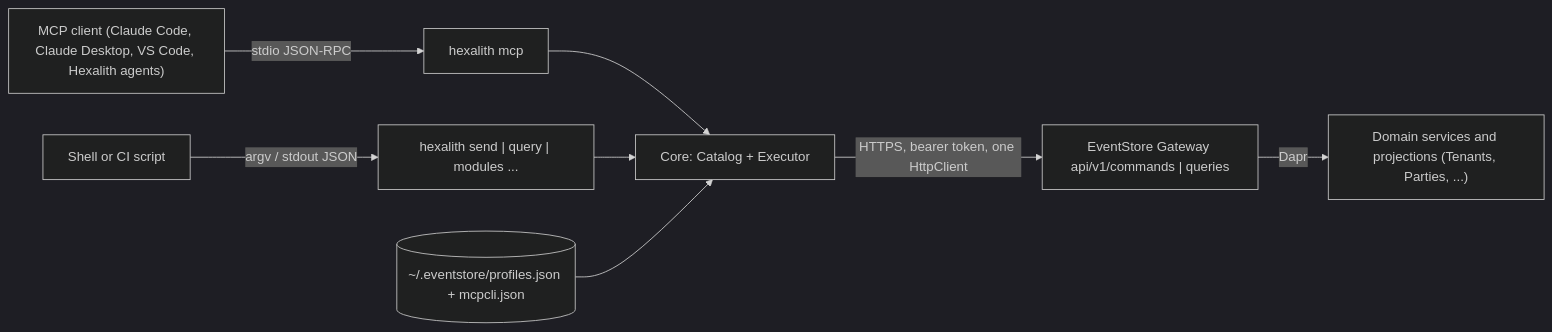
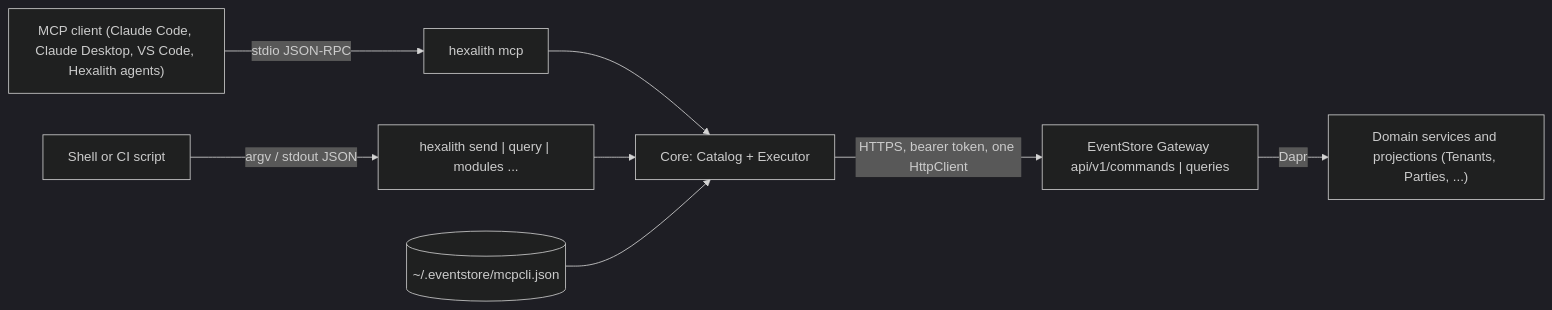
One commit to Hexalith/Hexalith.McpCli changed the second of 3 diagrams in _bmad-output/planning-artifacts/architecture/architecture-mcpcli-2026-09-22/ARCHITECTURE-SPINE.md. Above: the diagram before and after it, drawn with Mermaid (dark theme). The commit also changed other lines of this file and 6 other files, not shown here.

First line of the commit message:
Add architecture review updates for MCP CLI 2026-09-22

````diff
--- a/_bmad-output/planning-artifacts/architecture/architecture-mcpcli-2026-09-22/ARCHITECTURE-SPINE.md
+++ b/_bmad-output/planning-artifacts/architecture/architecture-mcpcli-2026-09-22/ARCHITECTURE-SPINE.md
@@ -250,10 +246,10 @@
 ```mermaid
 graph LR
   Agent["MCP client (Claude Code, Claude Desktop, VS Code, Hexalith agents)"] -- "stdio JSON-RPC" --> Tool["hexalith mcp"]
   Shell["Shell or CI script"] -- "argv / stdout JSON" --> Tool2["hexalith send | query | modules ..."]
   Tool --> Core["Core: Catalog + Executor"]
   Tool2 --> Core
   Core -- "HTTPS, bearer token, one HttpClient" --> Gateway["EventStore Gateway api/v1/commands | queries"]
   Gateway -- "Dapr" --> Domains["Domain services and projections (Tenants, Parties, ...)"]
-  Profiles[("~/.eventstore/profiles.json + mcpcli.json")] --> Core
+  Profiles[("~/.eventstore/mcpcli.json")] --> Core
 ```
````
